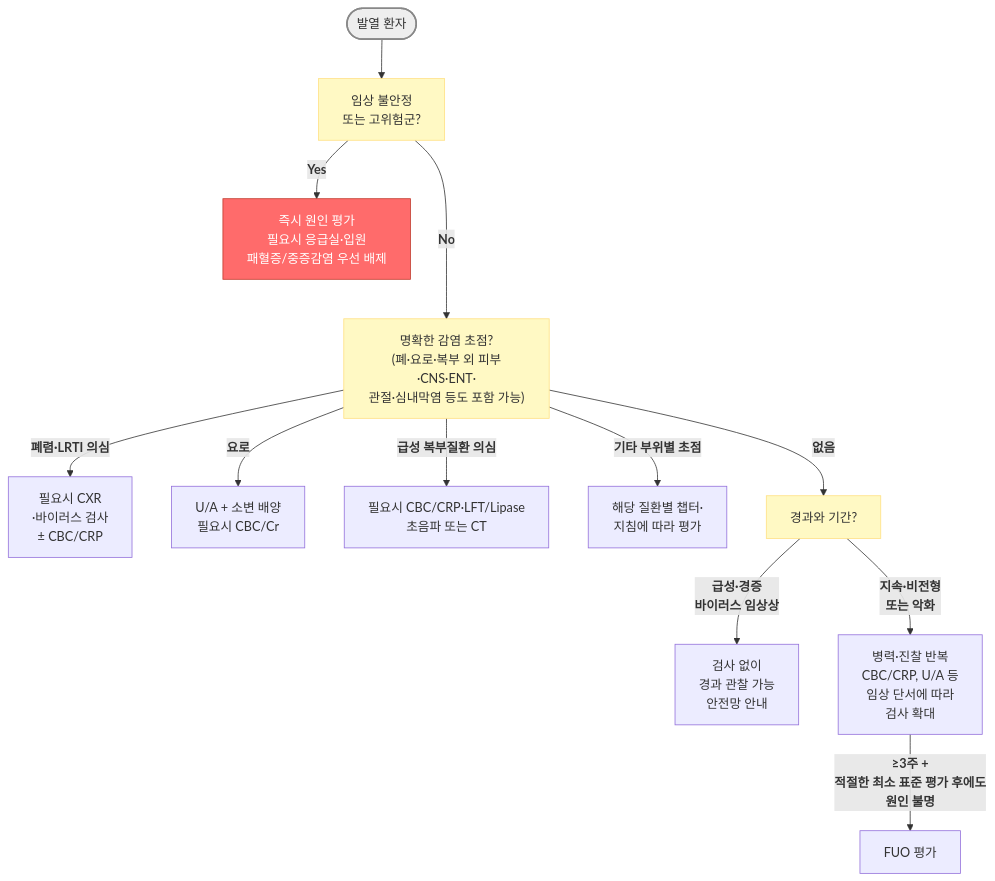
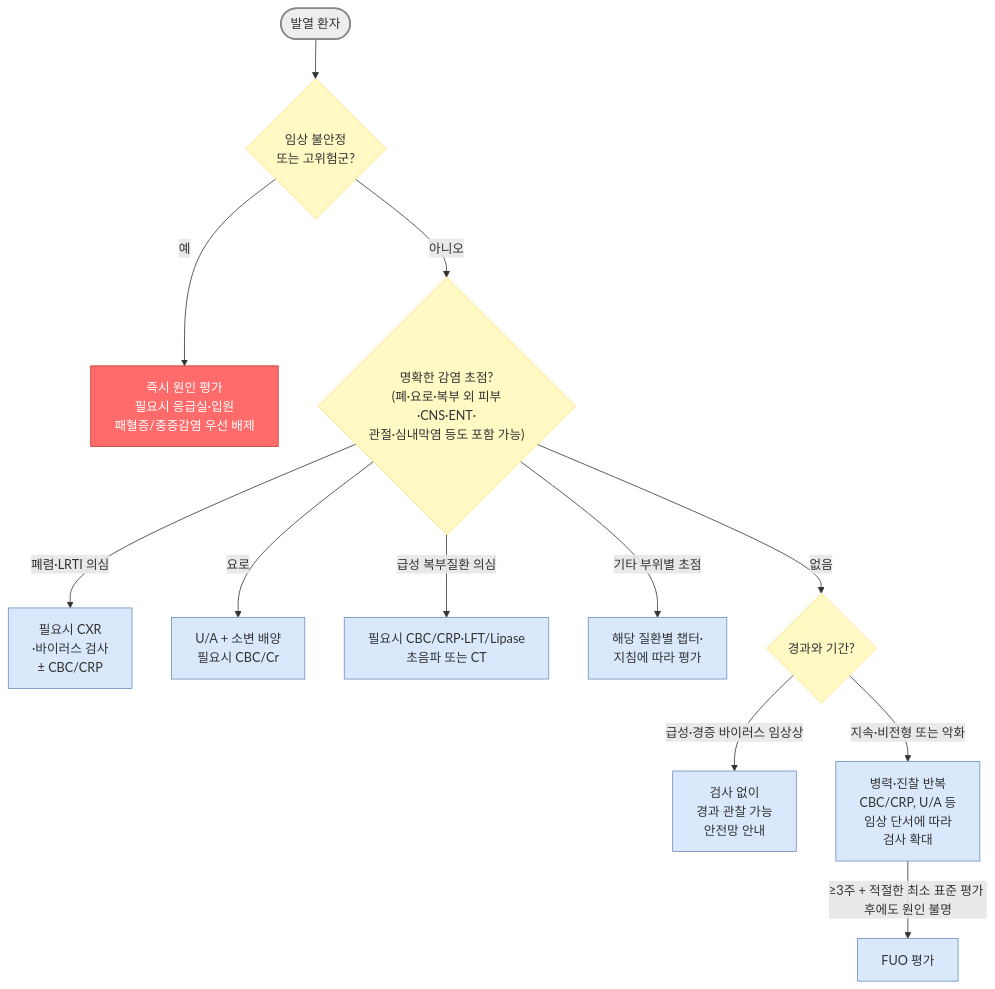
The first of 2 diagrams in 220_/011_-fever.md (familyoh77/familyoh77), drawn with Mermaid before and after one commit. The commit also changed other lines of this file and 13 other files, not shown here.

````diff
--- a/220_/011_-fever.md
+++ b/220_/011_-fever.md
@@ -124,21 +128,38 @@
 ```mermaid
-graph TD
-    A([발열 환자]) --> B["임상 불안정<br/>또는 고위험군?"]
-    B -->|<b>Yes</b>| C["즉시 원인 평가<br/>필요시 응급실·입원<br/>패혈증/중증감염 우선 배제"]
-    B --->|<b>No</b>| D["명확한 감염 초점?<br/>(폐·요로·복부 외 피부·CNS·ENT·<br/>관절·심내막염 등도 포함 가능)"]
-    D -->|<b>폐렴·LRTI 의심</b>| E["필요시 CXR<br/>·바이러스 검사<br/>± CBC/CRP"]
-    D -->|<b>요로</b>| F["U/A + 소변 배양<br/>필요시 CBC/Cr"]
-    D -->|<b>급성 복부질환 의심</b>| G["필요시 CBC/CRP·LFT/Lipase<br/>초음파 또는 CT"]
-    D -->|<b>기타 부위별 초점</b>| G2["해당 질환별 챕터·<br/>지침에 따라 평가"]
-    D -->|<b>없음</b>| H["경과와 기간?"]
-    H -->|"<b>급성·경증<br/>바이러스 임상상</b>"| I["검사 없이 <br/>경과 관찰 가능<br/>안전망 안내"]
-    H -->|"<b>지속·비전형<br/>또는 악화</b>"| J["병력·진찰 반복<br/>CBC/CRP, U/A 등<br/>임상 단서에 따라 <br/>검사 확대"]
-    J -->|"<b>≥3주 +<br/>적절한 최소 표준 평가 후에도<br/>원인 불명</b>"| K["FUO 평가"]
+flowchart TD
+    A([발열 환자]) --> B{"`임상 불안정
+또는 고위험군?`"}
+    B -- "예" --> C["`즉시 원인 평가
+필요시 응급실·입원
+패혈증/중증감염 우선 배제`"]
+    B -- "아니오" --> D{"`명확한 감염 초점?
+(폐·요로·복부 외 피부·CNS·ENT·
+관절·심내막염 등도 포함 가능)`"}
+    D -- "폐렴·LRTI 의심" --> E["`필요시 CXR
+·바이러스 검사
+± CBC/CRP`"]
+    D -- "요로" --> F["`U/A + 소변 배양
+필요시 CBC/Cr`"]
+    D -- "급성 복부질환 의심" --> G["`필요시 CBC/CRP·LFT/Lipase
+초음파 또는 CT`"]
+    D -- "기타 부위별 초점" --> G2["`해당 질환별 챕터·
+지침에 따라 평가`"]
+    D -- "없음" --> H{"경과와 기간?"}
+    H -- "급성·경증 바이러스 임상상" --> I["`검사 없이 
+경과 관찰 가능
+안전망 안내`"]
+    H -- "지속·비전형 또는 악화" --> J["`병력·진찰 반복
+CBC/CRP, U/A 등
+임상 단서에 따라 
+검사 확대`"]
+    J -- "≥3주 + 적절한 최소 표준 평가 후에도 원인 불명" --> K["FUO 평가"]
     classDef start  fill:#eeeeee,stroke:#888888,stroke-width:2px
     classDef red    fill:#ff6b6b,stroke:#c0392b,color:#fff
     classDef yellow fill:#fff9c4,stroke:#ffe082
+    classDef blue fill:#dae8fc,stroke:#6c8ebf
     class A start
     class C red
+    class E,F,G,G2,I,J,K blue
     class B,D,H yellow
 
 ```
````
